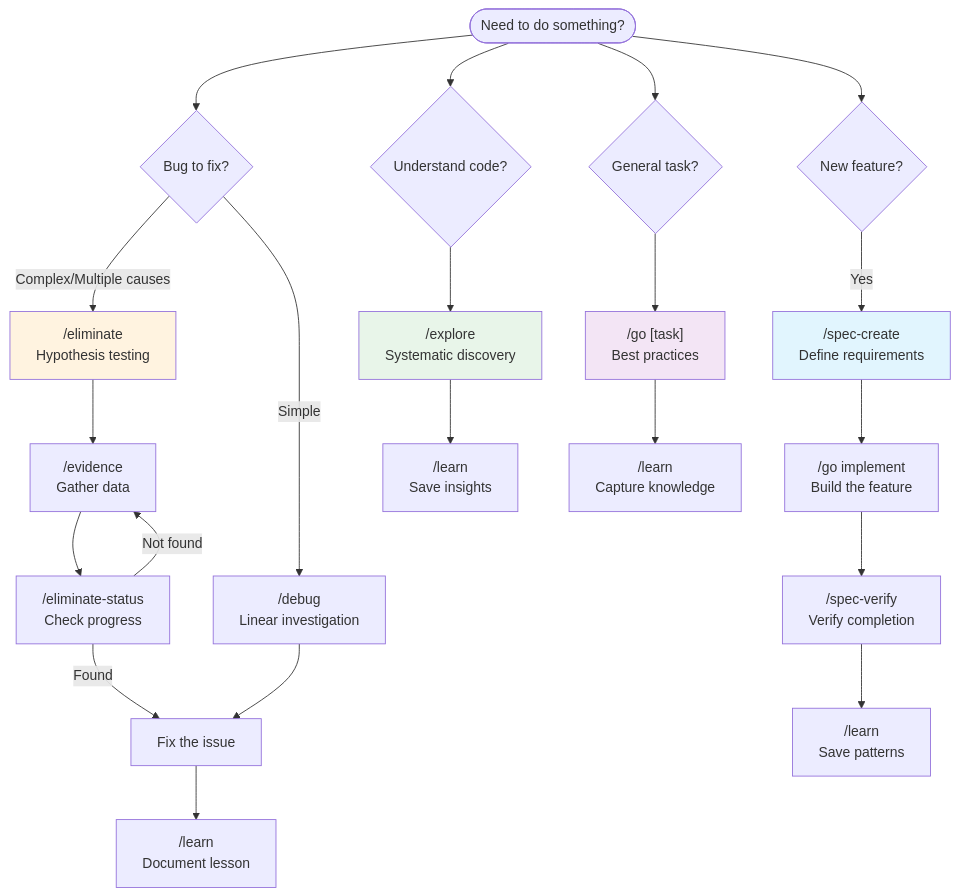
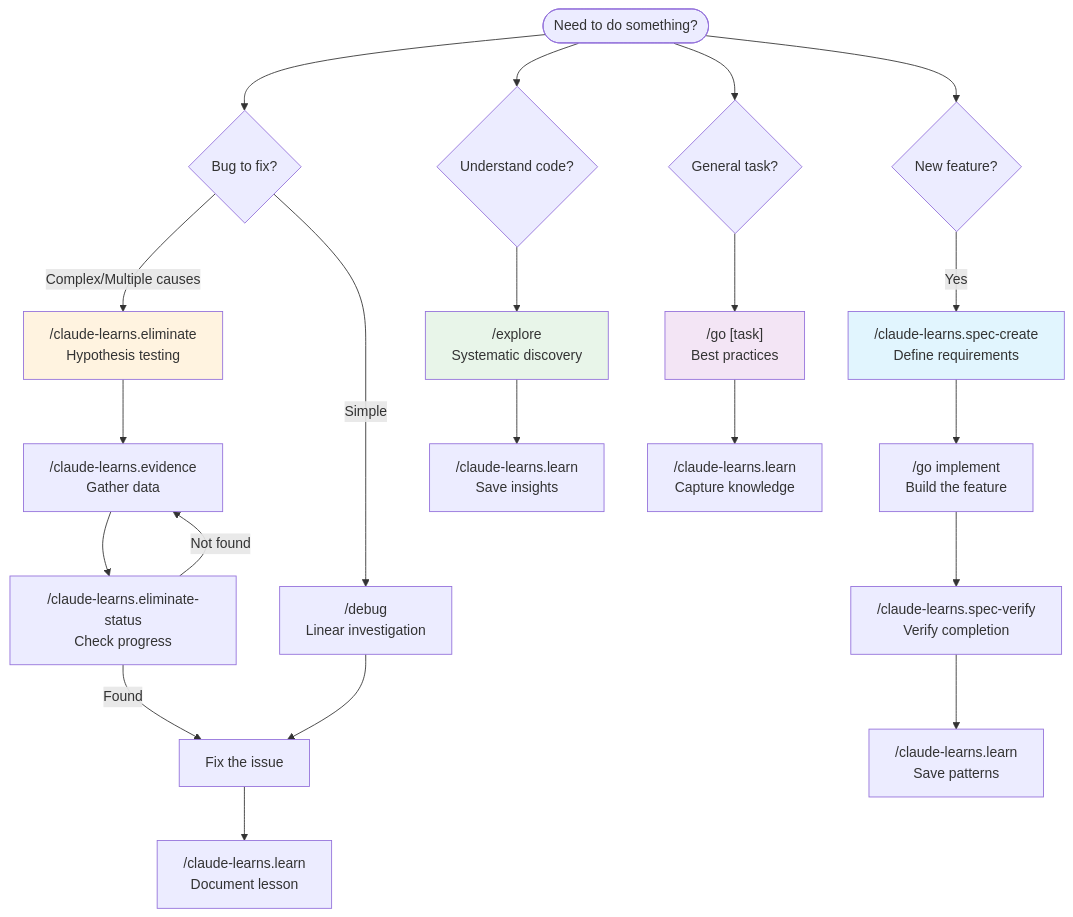
The second of 2 diagrams in README.md (danielcbright/claude-learns), drawn with Mermaid before and after one commit. The commit also changed other lines of this file and 82 other files, not shown here.

First line of the commit message:
Rename template-specific commands with claude-learns. prefix

````diff
--- a/README.md
+++ b/README.md
@@ -73,35 +73,35 @@
 ```mermaid
 flowchart TD
     START([Need to do something?])
 
     START --> FEAT{New feature?}
     START --> BUG{Bug to fix?}
     START --> EXPLORE{Understand code?}
     START --> TASK{General task?}
 
-    FEAT -->|Yes| SPECCREATE["/spec-create<br/>Define requirements"]
+    FEAT -->|Yes| SPECCREATE["/claude-learns.spec-create<br/>Define requirements"]
     SPECCREATE --> GO1["/go implement<br/>Build the feature"]
-    GO1 --> SPECVERIFY["/spec-verify<br/>Verify completion"]
+    GO1 --> SPECVERIFY["/claude-learns.spec-verify<br/>Verify completion"]
 
     BUG -->|Simple| DEBUG["/debug<br/>Linear investigation"]
-    BUG -->|Complex/Multiple causes| ELIM["/eliminate<br/>Hypothesis testing"]
-    ELIM --> EVIDENCE["/evidence<br/>Gather data"]
-    EVIDENCE --> STATUS["/eliminate-status<br/>Check progress"]
+    BUG -->|Complex/Multiple causes| ELIM["/claude-learns.eliminate<br/>Hypothesis testing"]
+    ELIM --> EVIDENCE["/claude-learns.evidence<br/>Gather data"]
+    EVIDENCE --> STATUS["/claude-learns.eliminate-status<br/>Check progress"]
     STATUS -->|Not found| EVIDENCE
     STATUS -->|Found| FIX[Fix the issue]
 
     EXPLORE --> EXP["/explore<br/>Systematic discovery"]
-    EXP --> LEARN1["/learn<br/>Save insights"]
+    EXP --> LEARN1["/claude-learns.learn<br/>Save insights"]
 
     TASK --> GO2["/go [task]<br/>Best practices"]
-    GO2 --> LEARN2["/learn<br/>Capture knowledge"]
+    GO2 --> LEARN2["/claude-learns.learn<br/>Capture knowledge"]
 
     DEBUG --> FIX
-    FIX --> LEARN3["/learn<br/>Document lesson"]
-    SPECVERIFY --> LEARN4["/learn<br/>Save patterns"]
+    FIX --> LEARN3["/claude-learns.learn<br/>Document lesson"]
+    SPECVERIFY --> LEARN4["/claude-learns.learn<br/>Save patterns"]
 
     style SPECCREATE fill:#e1f5fe
     style ELIM fill:#fff3e0
     style EXP fill:#e8f5e9
     style GO2 fill:#f3e5f5
 ```
````
